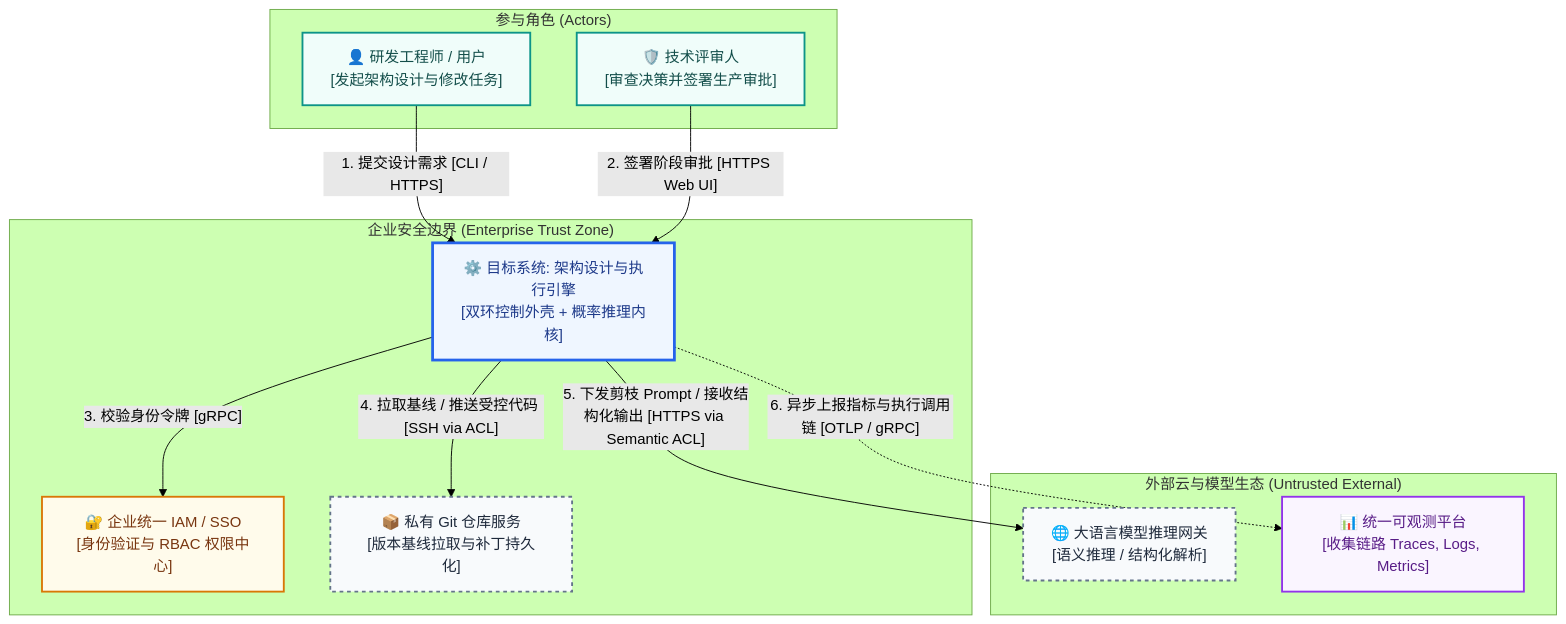
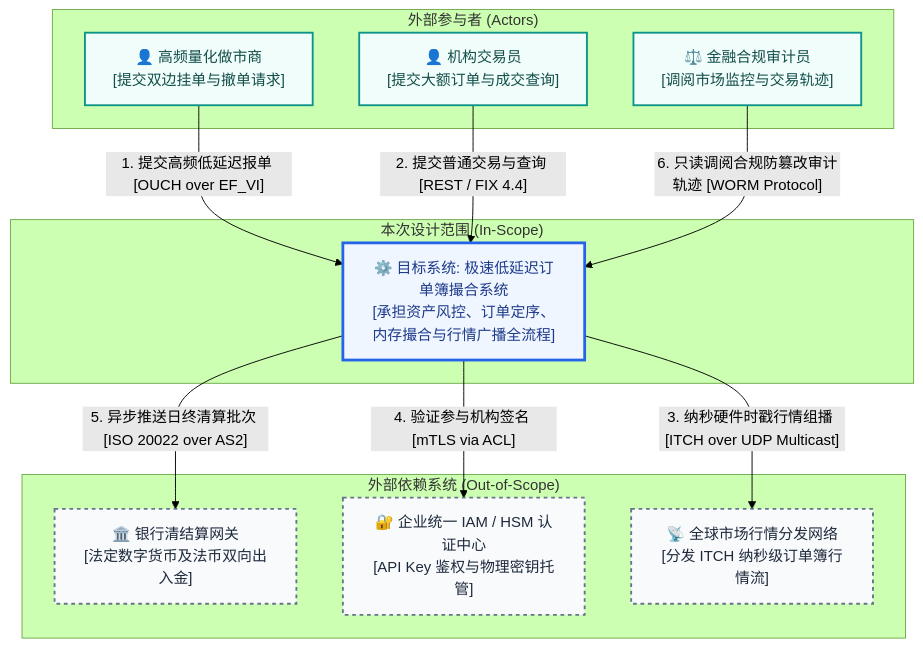
The diagram in skills/02_structural_modeling/generate_system_context.md (swizardlv/architect_skill), drawn with Mermaid (forest theme) before and after one commit. The commit also changed other lines of this file and 3 other files, not shown here.

````diff
--- a/skills/02_structural_modeling/generate_system_context.md
+++ b/skills/02_structural_modeling/generate_system_context.md
@@ -36,33 +64,30 @@
 ```mermaid
-graph TB
-    %% 样式表注入
+flowchart TD
+    %% 样式体系
     classDef personStyle fill:#f0fdfa,stroke:#0d9488,stroke-width:2px,color:#134e4a;
     classDef coreStyle fill:#eff6ff,stroke:#2563eb,stroke-width:3px,color:#1e3a8a;
-    classDef secStyle fill:#fffbeb,stroke:#d97706,stroke-width:2px,color:#78350f;
     classDef extStyle fill:#f8fafc,stroke:#64748b,stroke-width:2px,stroke-dasharray: 4 4,color:#1e293b;
-    classDef obsStyle fill:#faf5ff,stroke:#9333ea,stroke-width:2px,color:#581c87;
 
-    subgraph Users ["参与角色 (Actors)"]
-        dev["👤 研发工程师 / 用户<br/>[发起架构设计与修改任务]"]:::personStyle
-        reviewer["🛡️ 技术评审人<br/>[审查决策并签署生产审批]"]:::personStyle
+    subgraph Actors ["外部参与者 (Actors)"]
+        maker["👤 高频量化做市商<br/>[提交双边挂单与撤单请求]"]:::personStyle
+        trader["👤 机构交易员<br/>[提交大额订单与成交查询]"]:::personStyle
+        regulator["⚖️ 金融合规审计员<br/>[调阅市场监控与交易轨迹]"]:::personStyle
     end
 
-    subgraph EnterpriseBoundary ["企业安全边界 (Enterprise Trust Zone)"]
-        core["⚙️ 目标系统: 架构设计与执行引擎<br/>[双环控制外壳 + 概率推理内核]"]:::coreStyle
-        iam["🔐 企业统一 IAM / SSO<br/>[身份验证与 RBAC 权限中心]"]:::secStyle
-        gitRepo["📦 私有 Git 仓库服务<br/>[版本基线拉取与补丁持久化]"]:::extStyle
+    subgraph CoreBoundary ["本次设计范围 (In-Scope)"]
+        system["⚙️ 目标系统: 极速低延迟订单簿撮合系统<br/>[承担资产风控、订单定序、内存撮合与行情广播全流程]"]:::coreStyle
     end
 
-    subgraph ExternalServices ["外部云与模型生态 (Untrusted External)"]
-        modelGw["🌐 大语言模型推理网关<br/>[语义推理 / 结构化解析]"]:::extStyle
-        observability["📊 统一可观测平台<br/>[收集链路 Traces, Logs, Metrics]"]:::obsStyle
+    subgraph ExternalSystems ["外部依赖系统 (Out-of-Scope)"]
+        settlement["🏛️ 银行清结算网关<br/>[法定数字货币及法币双向出入金]"]:::extStyle
+        auth["🔐 企业统一 IAM / HSM 认证中心<br/>[API Key 鉴权与物理密钥托管]"]:::extStyle
+        market["📡 全球市场行情分发网络<br/>[分发 ITCH 纳秒级订单簿行情流]"]:::extStyle
     end
 
-    %% 交互调用链 (带协议、动词与防腐层标记)
-    dev -->|"1. 提交设计需求 [CLI / HTTPS]"| core
-    reviewer -->|"2. 签署阶段审批 [HTTPS Web UI]"| core
-    core -->|"3. 校验身份令牌 [gRPC]"| iam
-    core -->|"4. 拉取基线 / 推送受控代码 [SSH via ACL]"| gitRepo
-    core -->|"5. 下发剪枝 Prompt / 接收结构化输出 [HTTPS via Semantic ACL]"| modelGw
-    core -.->|"6. 异步上报指标与执行调用链 [OTLP / gRPC]"| observability
+    maker -->|"1. 提交高频低延迟报单 [OUCH over EF_VI]"| system
+    trader -->|"2. 提交普通交易与查询 [REST / FIX 4.4]"| system
+    system -->|"3. 纳秒硬件时戳行情组播 [ITCH over UDP Multicast]"| market
+    system -->|"4. 验证参与机构签名 [mTLS via ACL]"| auth
+    system -->|"5. 异步推送日终清算批次 [ISO 20022 over AS2]"| settlement
+    regulator -->|"6. 只读调阅合规防篡改审计轨迹 [WORM Protocol]"| system
 ```
````
